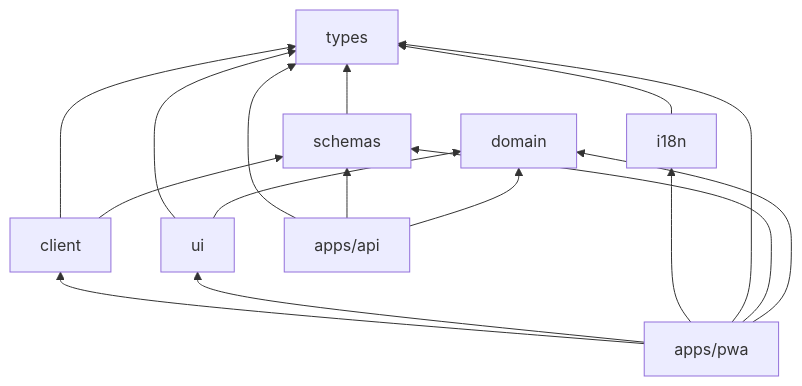
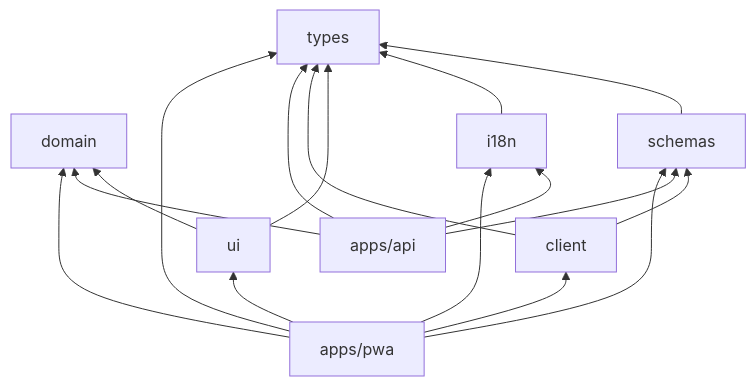
One commit to BraianVaylet/sight-mapper-archery-project changed the third of 5 diagrams in docs/ARQUITECTURA.md. Above: the diagram before and after it, drawn with Mermaid. The commit also changed other lines of this file and 36 other files, not shown here.

````diff
--- a/docs/ARQUITECTURA.md
+++ b/docs/ARQUITECTURA.md
@@ -67,11 +67,11 @@
 ```mermaid
 flowchart BT
   domain[domain]
   types[types]
   schemas[schemas] --> types
   i18n[i18n] --> types
   ui[ui] --> domain & types
   client[client] --> schemas & types
-  api[apps/api] --> domain & schemas & types
+  api[apps/api] --> domain & schemas & types & i18n
   pwa[apps/pwa] --> domain & schemas & types & i18n & ui & client
 ```
````
